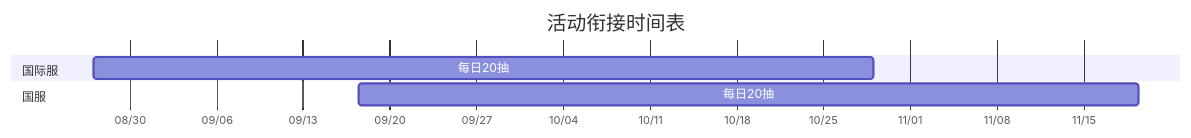
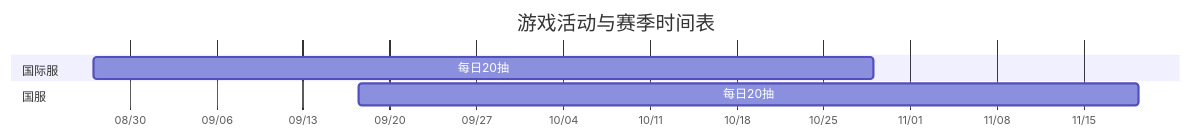
One commit to Rea1-ms/AutoEpicSeven changed the diagram in tasks/activity/calendar.md. Above: the diagram before and after it, drawn with Mermaid. The commit also changed other lines of this file and 10 other files, not shown here.

````diff
--- a/tasks/activity/calendar.md
+++ b/tasks/activity/calendar.md
@@ -3,10 +3,10 @@
 ```mermaid
 gantt
-    title 活动衔接时间表
+    title 游戏活动与赛季时间表
     dateFormat YYYY-MM-DD HH:mm
     axisFormat %m/%d
     section 国际服
     每日20抽 :OVERSEA_free_gacha_20_2026_08_27, 2026-08-27 02:00, 2026-10-29 02:00
     section 国服
     每日20抽 :CN_free_gacha_20_2026_08_27, 2026-09-17 11:00, 2026-11-19 11:00
 ```
````
